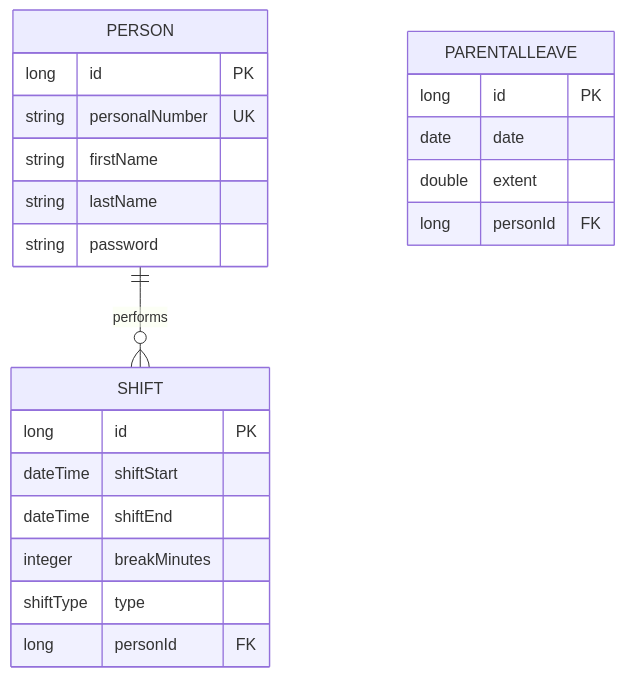
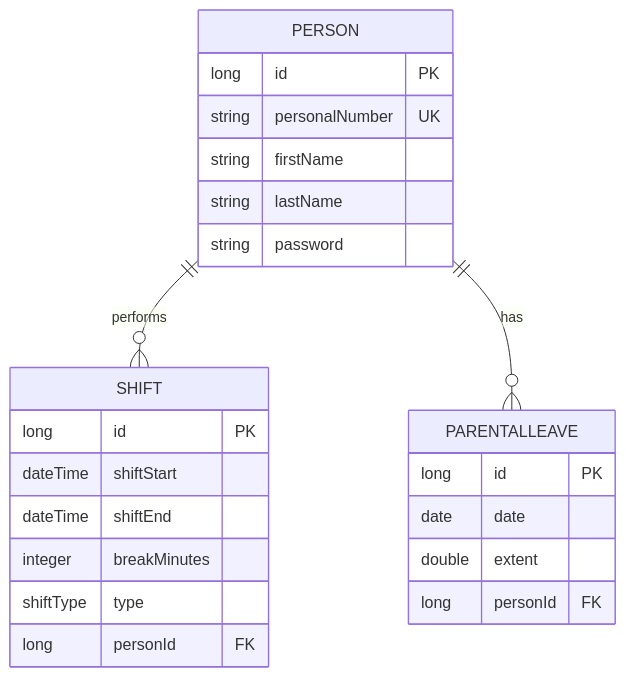
The diagram in README.md (annlolil/sgi-guard), drawn with Mermaid before and after one commit.

Commit message:
Add relationship for PERSON and PARENTALLEAVE

````diff
--- a/README.md
+++ b/README.md
@@ -26,28 +26,29 @@
 ```mermaid
 erDiagram
     PERSON ||--o{ SHIFT : "performs"
+    PERSON ||--o{ PARENTALLEAVE : "has"
 
     PERSON {
         long id PK
         string personalNumber UK
         string firstName
         string lastName
         string password
     }
 
     SHIFT {
         long id PK
         dateTime shiftStart
         dateTime shiftEnd
         integer breakMinutes
         shiftType type
         long personId FK
     }
 
     PARENTALLEAVE {
         long id PK
         date date
         double extent
         long personId FK
     }
 ```
````
